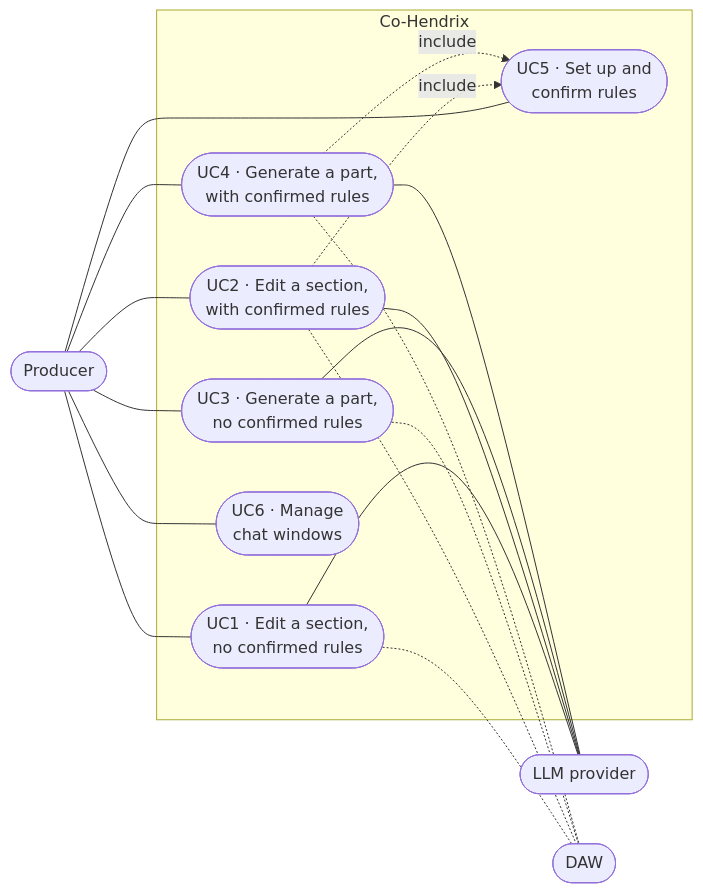
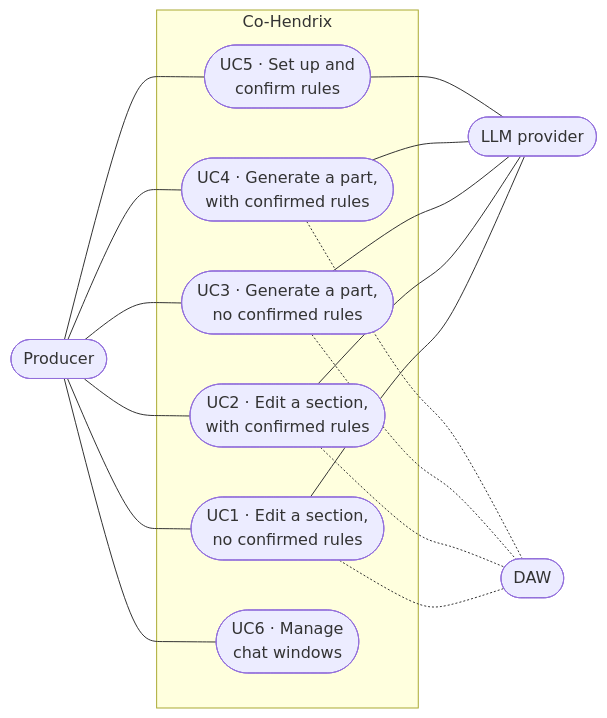
The second of 4 diagrams in docs/requirements/ard.md (danielB464646/CoHendrix), drawn with Mermaid before and after one commit. The commit also changed other lines of this file and 13 other files, not shown here.

````diff
--- a/docs/requirements/ard.md
+++ b/docs/requirements/ard.md
@@ -263,30 +271,29 @@
 ```mermaid
 flowchart LR
     P(["Producer"])
     subgraph CH["Co-Hendrix"]
         UC1(["UC1 · Edit a section,<br/>no confirmed rules"])
         UC2(["UC2 · Edit a section,<br/>with confirmed rules"])
         UC3(["UC3 · Generate a part,<br/>no confirmed rules"])
         UC4(["UC4 · Generate a part,<br/>with confirmed rules"])
         UC5(["UC5 · Set up and<br/>confirm rules"])
         UC6(["UC6 · Manage<br/>chat windows"])
     end
     L(["LLM provider"])
     D(["DAW"])
     P --- UC1
     P --- UC2
     P --- UC3
     P --- UC4
     P --- UC5
     P --- UC6
-    UC2 -. "include" .-> UC5
-    UC4 -. "include" .-> UC5
     UC1 --- L
     UC2 --- L
     UC3 --- L
     UC4 --- L
+    UC5 --- L
     UC1 -.- D
     UC2 -.- D
     UC3 -.- D
     UC4 -.- D
 ```
````
